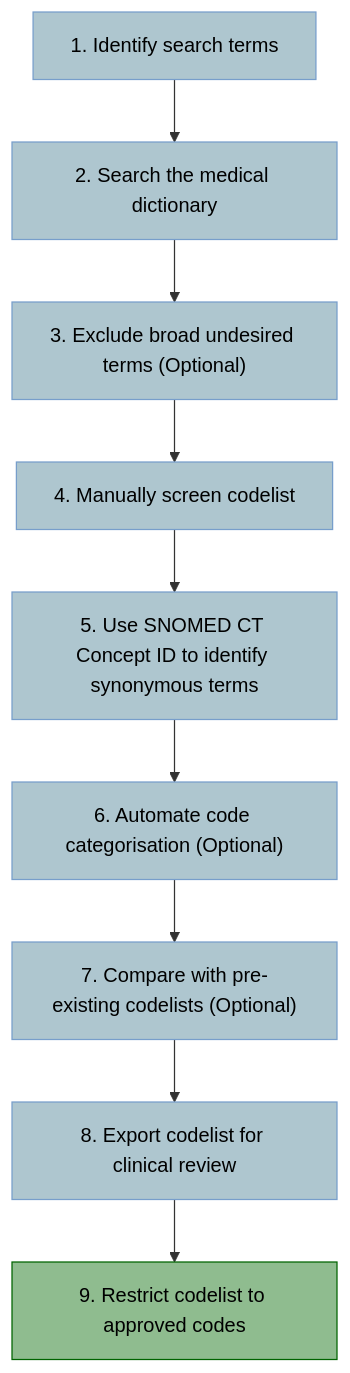
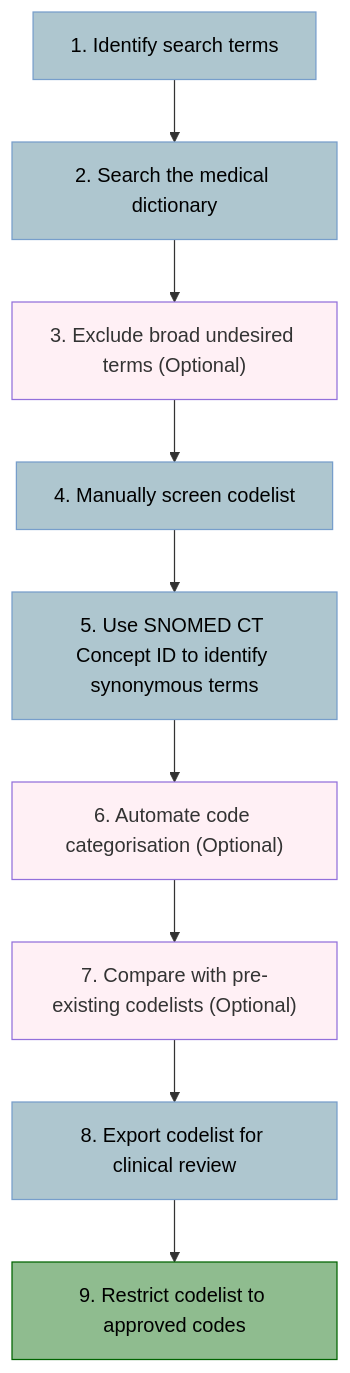
One commit to NHLI-Respiratory-Epi/SNOMED-CT-codelists changed the diagram in README.md. Above: the diagram before and after it, drawn with Mermaid.

````diff
--- a/README.md
+++ b/README.md
@@ -6,22 +6,23 @@
 ```mermaid
 flowchart TD
     A["1. Identify search terms"] --> B["2. Search the medical dictionary"]
     B --> C["3. Exclude broad undesired terms (Optional)"]
     C --> D["4. Manually screen codelist"]
     D --> E["5. Use SNOMED CT Concept ID to identify synonymous terms"]
     E --> F["6. Automate code categorisation (Optional)"]
     F --> G["7. Compare with pre-existing codelists (Optional)"]
     G --> H[8. Export codelist for clinical review]
     H --> I[9. Restrict codelist to approved codes]
     A:::step
     B:::step
-    C:::step
+    C:::optional
     D:::step
     E:::step
-    F:::step
-    G:::step
+    F:::optional
+    G:::optional
     H:::step
     I:::final
     classDef step color:black, fill:#aec6cf, stroke:#779ecb
+    classDef optional fill:#FFF0F5
     classDef final color:black, fill:#8fbc8f, stroke:#006400
 ```
````
